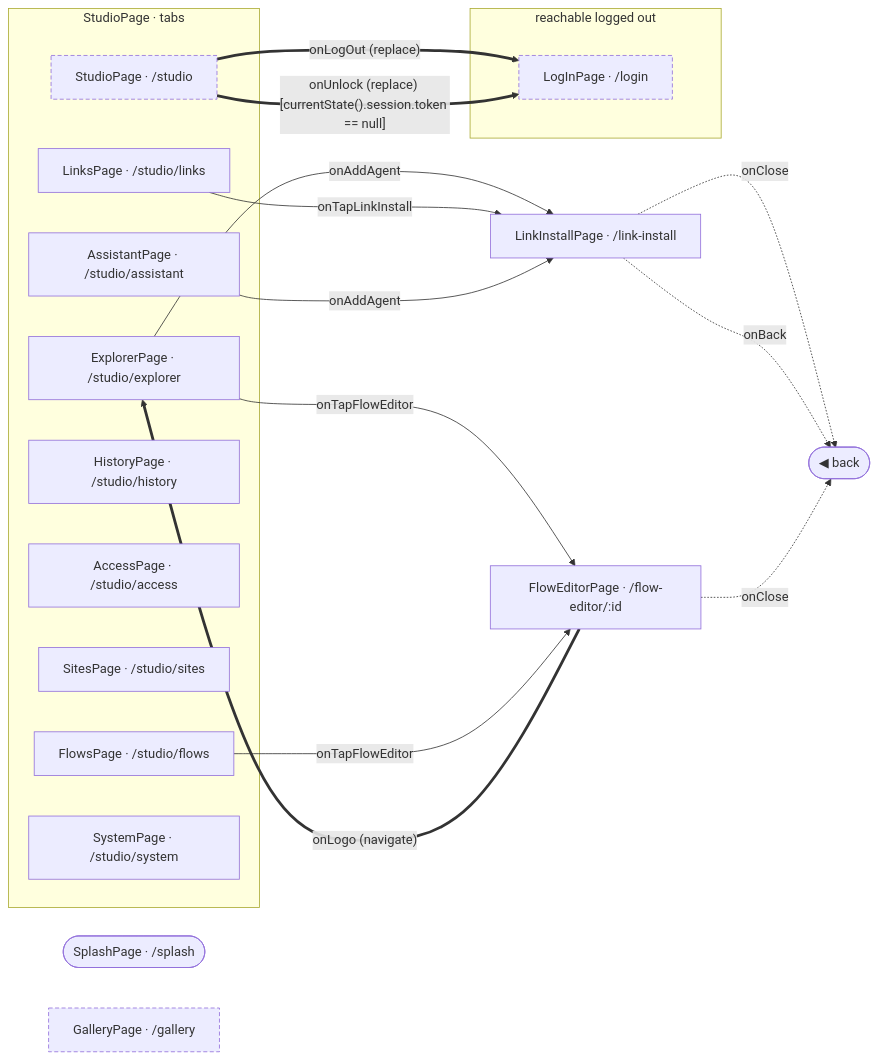
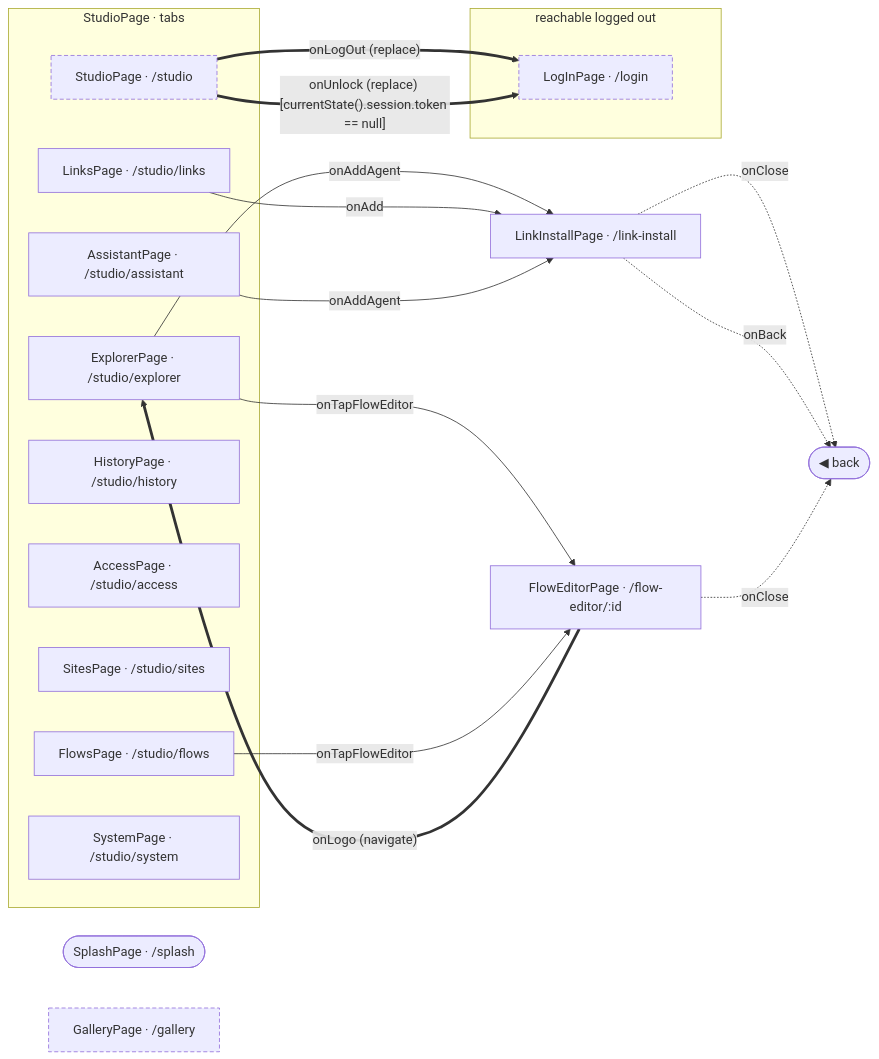
Before and after one commit to gencto/wyrm: the diagram in studio/docs/flows/README.md, drawn with Mermaid. The commit also changed other lines of this file and 65 other files, not shown here.

````diff
--- a/studio/docs/flows/README.md
+++ b/studio/docs/flows/README.md
@@ -7,37 +7,37 @@
 ```mermaid
 flowchart LR
     subgraph frxPublic["reachable logged out"]
         logIn["LogInPage · /login"]
     end
     splash(["SplashPage · /splash"])
     gallery["GalleryPage · /gallery"]
     subgraph frxTabs_studio["StudioPage · tabs"]
         studio["StudioPage · /studio"]
         explorer["ExplorerPage · /studio/explorer"]
         links["LinksPage · /studio/links"]
         flows["FlowsPage · /studio/flows"]
         history["HistoryPage · /studio/history"]
         access["AccessPage · /studio/access"]
         sites["SitesPage · /studio/sites"]
         assistant["AssistantPage · /studio/assistant"]
         system["SystemPage · /studio/system"]
     end
     linkInstall["LinkInstallPage · /link-install"]
     flowEditor["FlowEditorPage · /flow-editor/:id"]
     frxBack(["◀ back"])
 
     studio ==>|"onLogOut (replace)"| logIn
     studio ==>|"onUnlock (replace) [currentState().session.token == null]"| logIn
     explorer -->|"onTapFlowEditor"| flowEditor
     explorer -->|"onAddAgent"| linkInstall
-    links -->|"onTapLinkInstall"| linkInstall
+    links -->|"onAdd"| linkInstall
     flows -->|"onTapFlowEditor"| flowEditor
     assistant -->|"onAddAgent"| linkInstall
     linkInstall -.->|"onClose"| frxBack
     linkInstall -.->|"onBack"| frxBack
     flowEditor -.->|"onClose"| frxBack
     flowEditor ==>|"onLogo (navigate)"| explorer
 
     classDef frxEntry stroke-dasharray: 5 3
     class logIn,gallery,studio frxEntry
 ```
````
